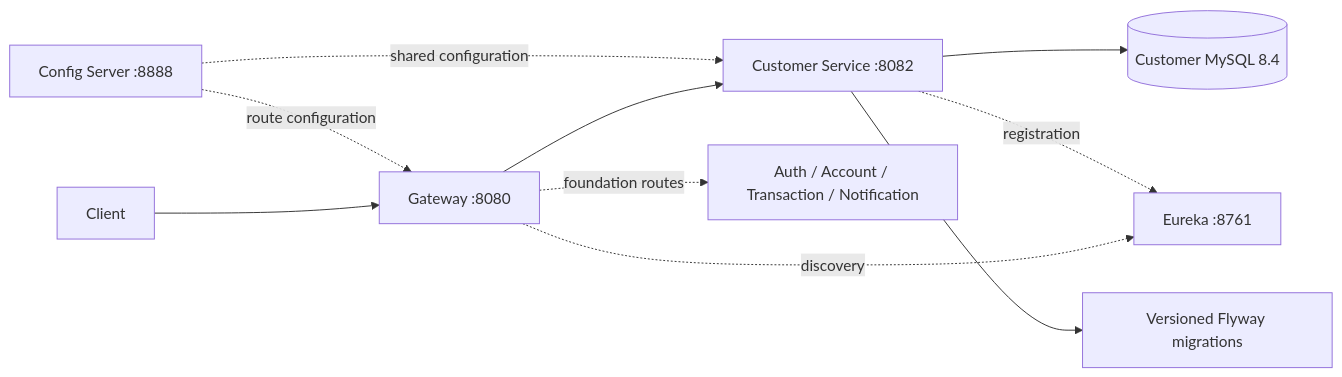
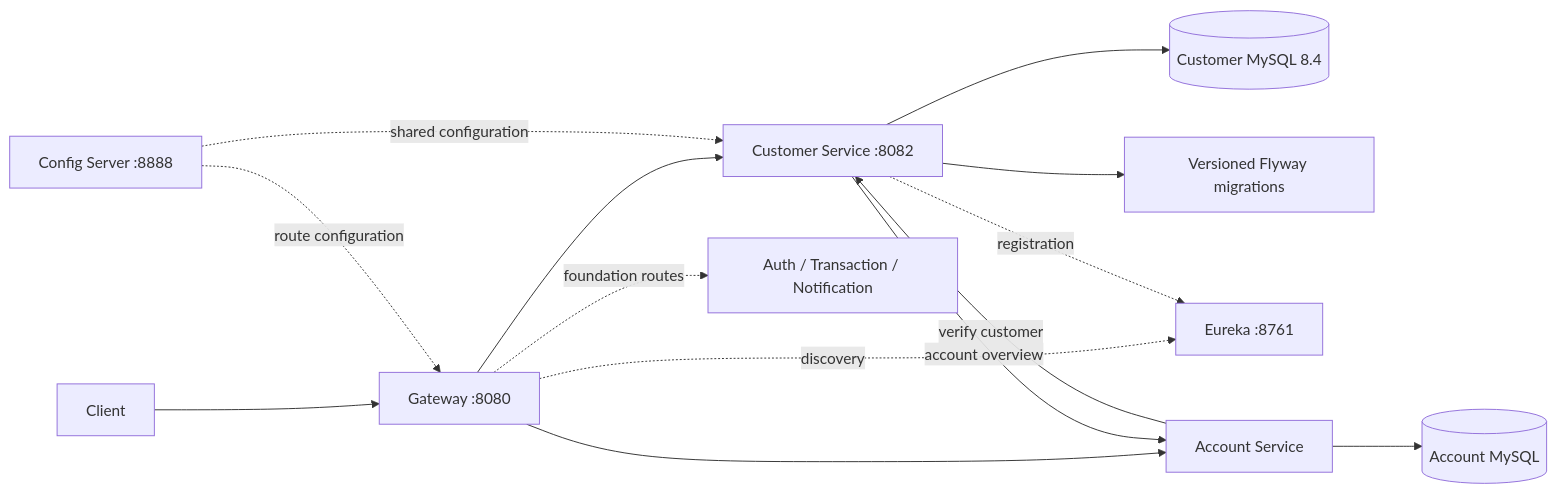
One commit to pajic2017/banking-app-dra changed the diagram in README.md. Above: the diagram before and after it, drawn with Mermaid. The commit also changed other lines of this file and 40 other files, not shown here.

Commit message:
Implement Phase 3 Account Service and customer overview

````diff
--- a/README.md
+++ b/README.md
@@ -8,12 +8,16 @@
 ```mermaid
 flowchart LR
     Client --> Gateway[Gateway :8080]
     Gateway --> Customer[Customer Service :8082]
     Customer --> MySQL[(Customer MySQL 8.4)]
     Customer --> Flyway[Versioned Flyway migrations]
     Gateway -. discovery .-> Eureka[Eureka :8761]
     Customer -. registration .-> Eureka
     Config[Config Server :8888] -. route configuration .-> Gateway
     Config -. shared configuration .-> Customer
-    Gateway -. foundation routes .-> Others[Auth / Account / Transaction / Notification]
+    Gateway --> Account[Account Service]
+    Customer -->|account overview| Account
+    Account -->|verify customer| Customer
+    Account --> AccountDB[(Account MySQL)]
+    Gateway -. foundation routes .-> Others[Auth / Transaction / Notification]
 ```
````
